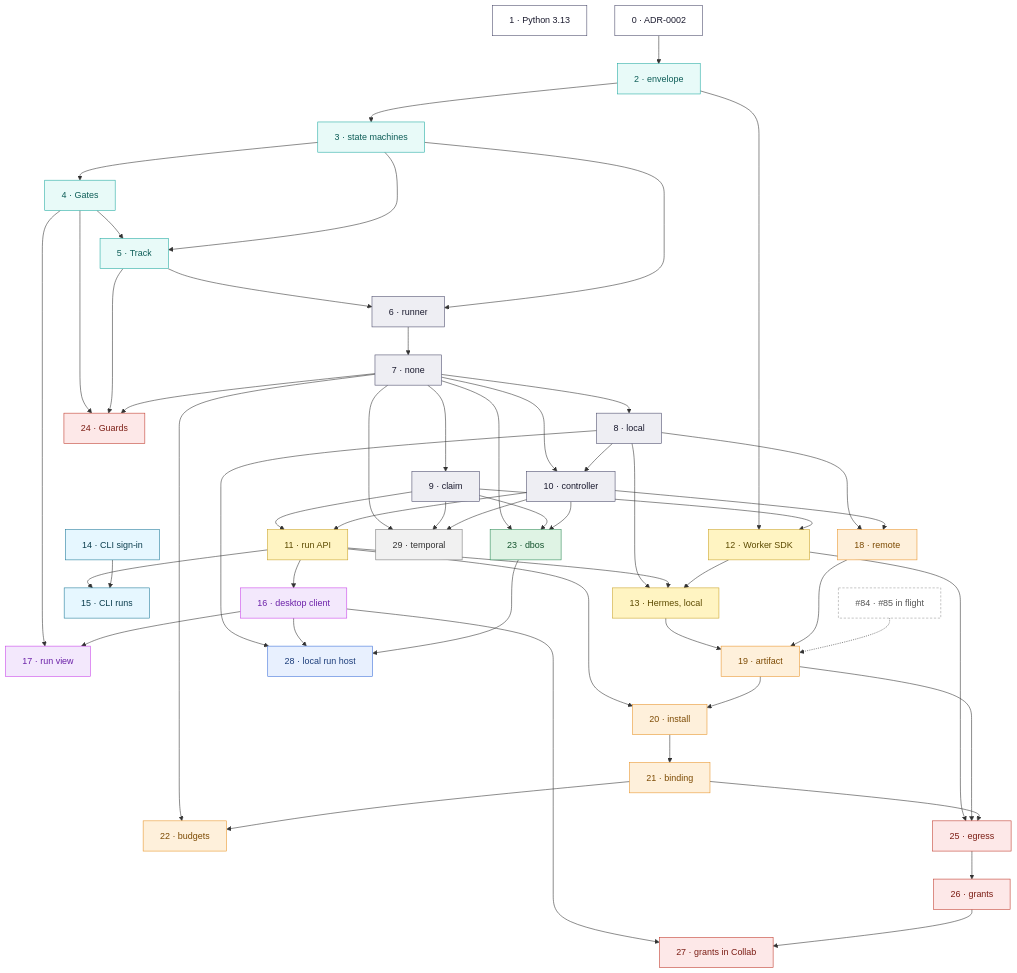
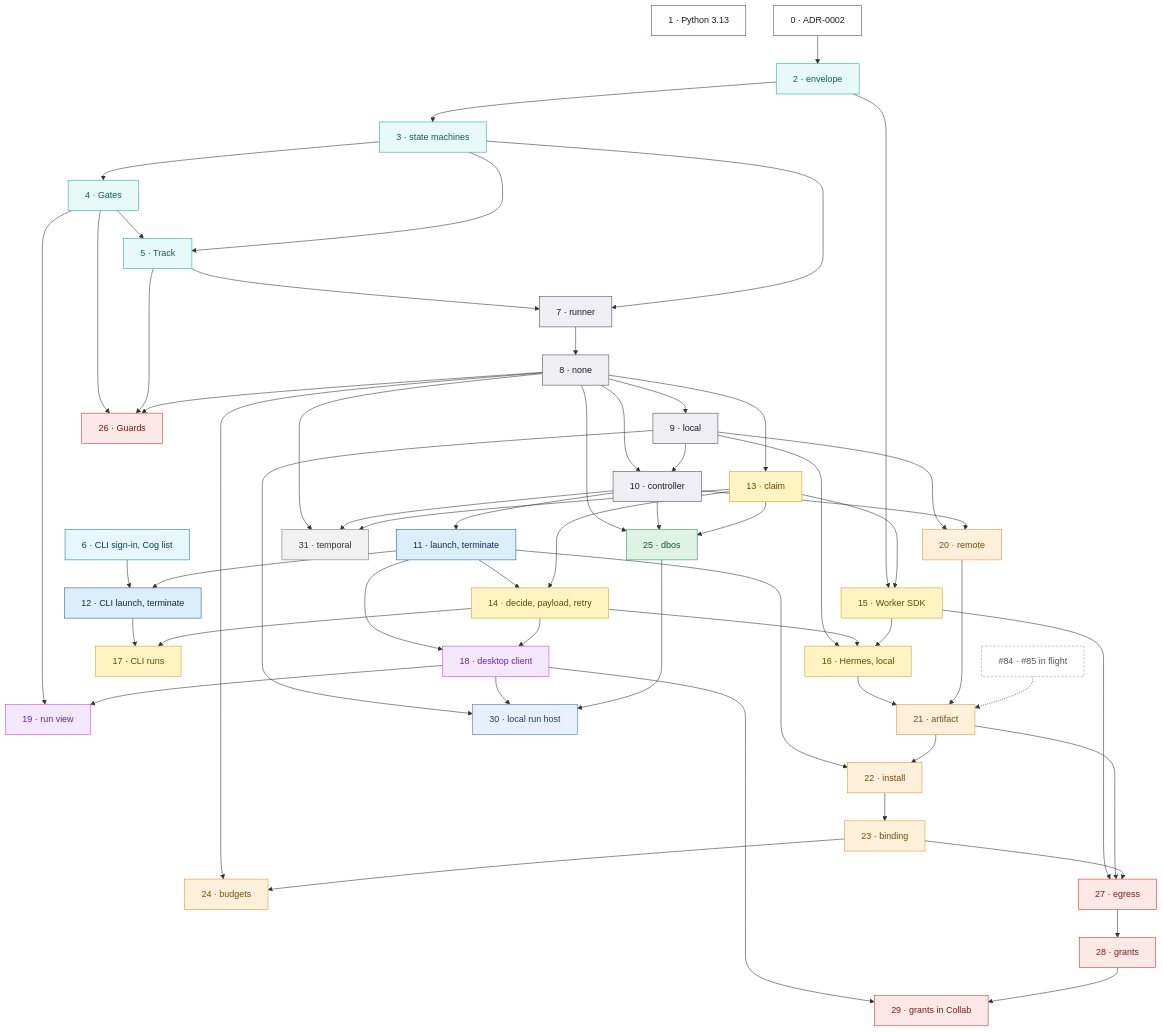
Before and after one commit to nebari-dev/collab-hub-pack: the second of 5 diagrams in COG_EXECUTION.md, drawn with Mermaid. The commit also changed other lines of this file, not shown here.

First line of the commit message:
Plan: the CLI first, and launch and terminate before the claim

````diff
--- a/COG_EXECUTION.md
+++ b/COG_EXECUTION.md
@@ -965,51 +1008,54 @@
 ```mermaid
 flowchart TD
   ph1["1 · Python 3.13"]
-  ph0["0 · ADR-0002"] --> ph2["2 · envelope"] --> ph3["3 · state machines"] --> ph4["4 · Gates"] --> ph5["5 · Track"] --> ph6["6 · runner"] --> ph7["7 · none"]
-  ph3 --> ph5 & ph6
-  ph7 --> ph8["8 · local"] & ph9["9 · claim"]
-  ph7 & ph8 --> ph10["10 · controller"]
-  ph9 & ph10 --> ph11["11 · run API"]
-  ph14["14 · CLI sign-in"]
-  ph2 & ph9 --> ph12["12 · Worker SDK"]
-  ph8 & ph11 & ph12 --> ph13["13 · Hermes, local"]
-  ph11 & ph14 --> ph15["15 · CLI runs"]
-  ph11 --> ph16["16 · desktop client"]
-  ph4 & ph16 --> ph17["17 · run view"]
-  ph8 & ph10 --> ph18["18 · remote"]
-  ph13 & ph18 --> ph19["19 · artifact"]
-  reg["#84 · #85 in flight"] -.-> ph19
-  ph11 & ph19 --> ph20["20 · install"] --> ph21["21 · binding"]
-  ph7 & ph21 --> ph22["22 · budgets"]
-  ph7 & ph9 & ph10 --> ph23["23 · dbos"]
-  ph4 & ph5 & ph7 --> ph24["24 · Guards"]
-  ph12 & ph19 & ph21 --> ph25["25 · egress"] --> ph26["26 · grants"]
-  ph16 & ph26 --> ph27["27 · grants in Collab"]
-  ph8 & ph16 & ph23 --> ph28["28 · local run host"]
-  ph7 & ph9 & ph10 --> ph29["29 · temporal"]
+  ph0["0 · ADR-0002"] --> ph2["2 · envelope"] --> ph3["3 · state machines"] --> ph4["4 · Gates"] --> ph5["5 · Track"] --> ph7["7 · runner"] --> ph8["8 · none"]
+  ph6["6 · CLI sign-in, Cog list"]
+  ph3 --> ph5 & ph7
+  ph8 --> ph9["9 · local"] & ph13["13 · claim"]
+  ph8 & ph9 --> ph10["10 · controller"] --> ph11["11 · launch, terminate"]
+  ph6 & ph11 --> ph12["12 · CLI launch, terminate"]
+  ph11 & ph13 --> ph14["14 · decide, payload, retry"]
+  ph2 & ph13 --> ph15["15 · Worker SDK"]
+  ph9 & ph14 & ph15 --> ph16["16 · Hermes, local"]
+  ph12 & ph14 --> ph17["17 · CLI runs"]
+  ph11 & ph14 --> ph18["18 · desktop client"]
+  ph4 & ph18 --> ph19["19 · run view"]
+  ph9 & ph10 --> ph20["20 · remote"]
+  ph16 & ph20 --> ph21["21 · artifact"]
+  reg["#84 · #85 in flight"] -.-> ph21
+  ph11 & ph21 --> ph22["22 · install"] --> ph23["23 · binding"]
+  ph8 & ph23 --> ph24["24 · budgets"]
+  ph8 & ph10 & ph13 --> ph25["25 · dbos"]
+  ph4 & ph5 & ph8 --> ph26["26 · Guards"]
+  ph15 & ph21 & ph23 --> ph27["27 · egress"] --> ph28["28 · grants"]
+  ph18 & ph28 --> ph29["29 · grants in Collab"]
+  ph9 & ph18 & ph25 --> ph30["30 · local run host"]
+  ph8 & ph10 & ph13 --> ph31["31 · temporal"]
 
   classDef m0 fill:#ffffff,stroke:#4a4a6a,color:#1a1a2e
   classDef m1 fill:#e8faf8,stroke:#20aaa1,color:#0d5d57
-  classDef m2 fill:#eeeef3,stroke:#4a4a6a,color:#1a1a2e
-  classDef m3 fill:#fff4c2,stroke:#c9a227,color:#5c4a00
-  classDef m4 fill:#e6f7ff,stroke:#1f7a99,color:#0b3d4d
-  classDef m5 fill:#f3e8fc,stroke:#c840e9,color:#6b21a8
-  classDef m6 fill:#fef0db,stroke:#e8952c,color:#7c4a03
-  classDef m7 fill:#dff3e4,stroke:#2e8b57,color:#14532d
-  classDef m8 fill:#fde8e8,stroke:#c0392b,color:#7b1d14
-  classDef m9 fill:#e8f0fe,stroke:#3b6fd8,color:#1c3d7a
-  classDef m10 fill:#f1f1f1,stroke:#777,color:#333
+  classDef m2 fill:#e6f7ff,stroke:#1f7a99,color:#0b3d4d
+  classDef m3 fill:#eeeef3,stroke:#4a4a6a,color:#1a1a2e
+  classDef m4 fill:#dbeefc,stroke:#1f5f99,color:#0b2e4d
+  classDef m5 fill:#fff4c2,stroke:#c9a227,color:#5c4a00
+  classDef m6 fill:#f3e8fc,stroke:#c840e9,color:#6b21a8
+  classDef m7 fill:#fef0db,stroke:#e8952c,color:#7c4a03
+  classDef m8 fill:#dff3e4,stroke:#2e8b57,color:#14532d
+  classDef m9 fill:#fde8e8,stroke:#c0392b,color:#7b1d14
+  classDef m10 fill:#e8f0fe,stroke:#3b6fd8,color:#1c3d7a
+  classDef m11 fill:#f1f1f1,stroke:#777,color:#333
   classDef ext fill:#ffffff,stroke:#999,color:#555,stroke-dasharray: 4 3
   class ph0,ph1 m0
   class ph2,ph3,ph4,ph5 m1
-  class ph6,ph7,ph8,ph9,ph10 m2
-  class ph11,ph12,ph13 m3
-  class ph14,ph15 m4
-  class ph16,ph17 m5
-  class ph18,ph19,ph20,ph21,ph22 m6
-  class ph23 m7
-  class ph24,ph25,ph26,ph27 m8
-  class ph28 m9
-  class ph29 m10
+  class ph6 m2
+  class ph7,ph8,ph9,ph10 m3
+  class ph11,ph12 m4
+  class ph13,ph14,ph15,ph16,ph17 m5
+  class ph18,ph19 m6
+  class ph20,ph21,ph22,ph23,ph24 m7
+  class ph25 m8
+  class ph26,ph27,ph28,ph29 m9
+  class ph30 m10
+  class ph31 m11
   class reg ext
 ```
````
